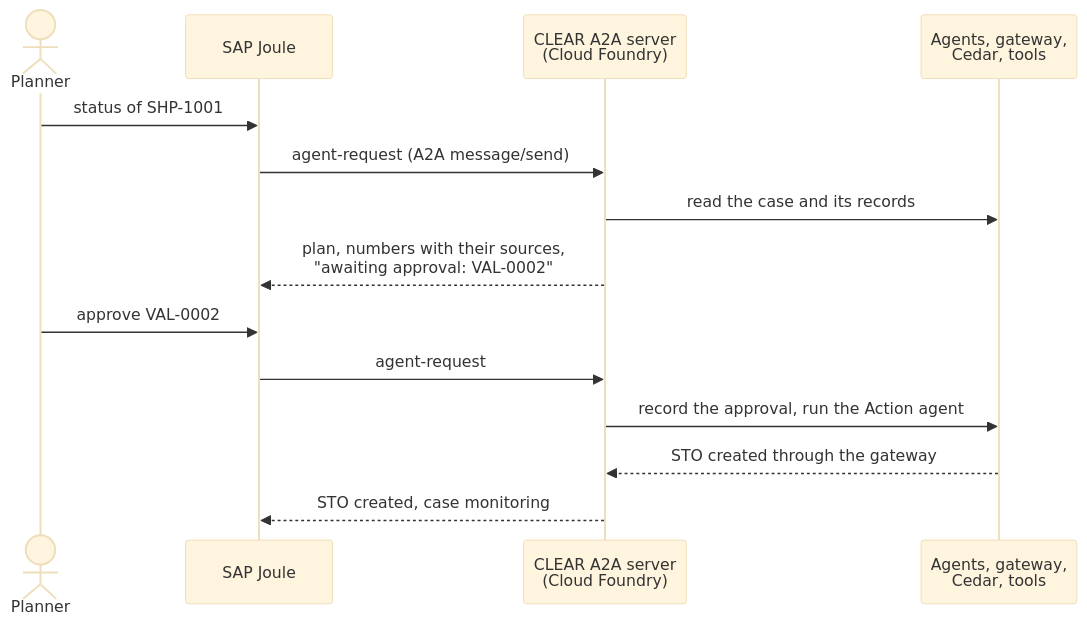
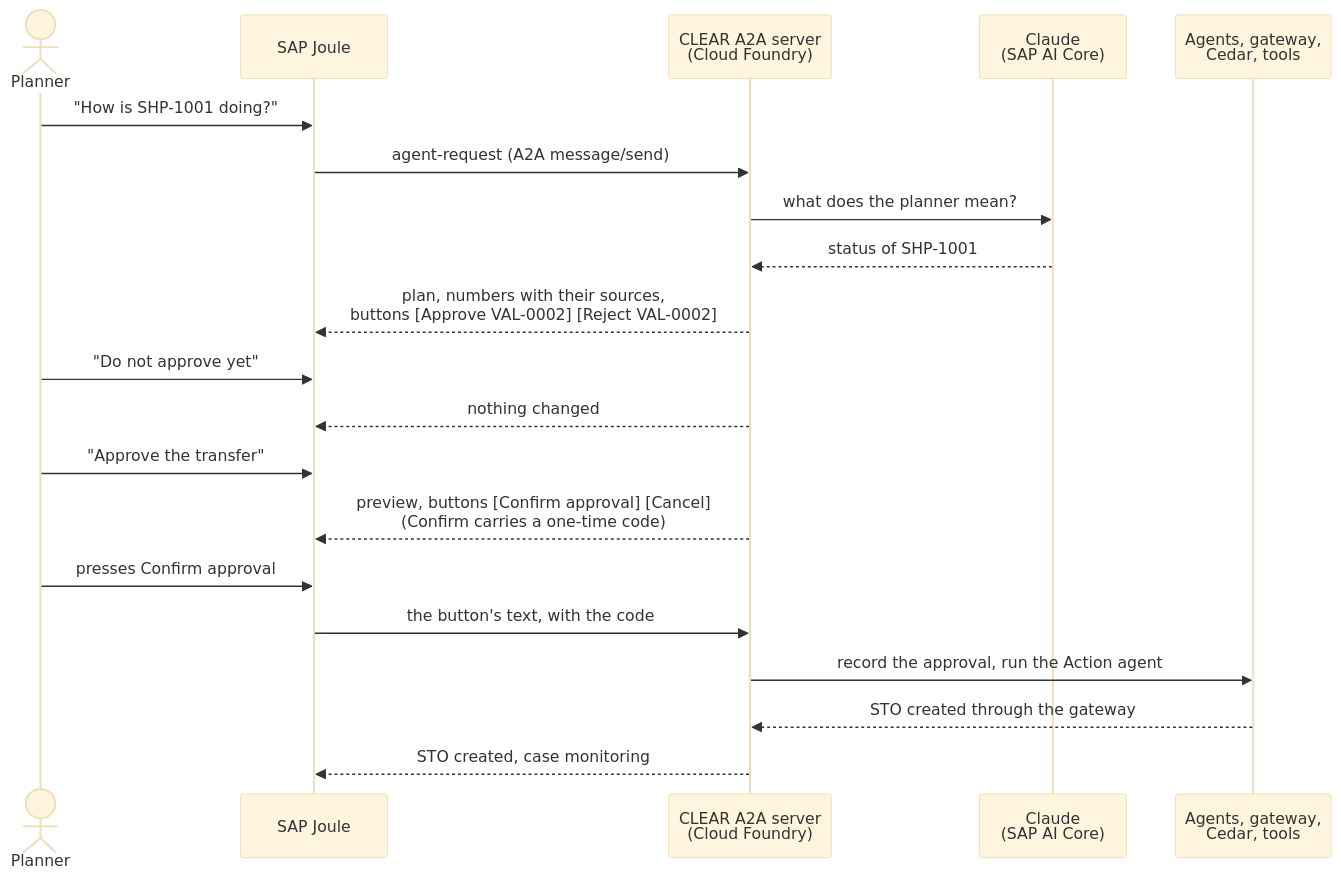
The second of 4 diagrams in docs/architecture.md (KrisnaPutraP/clear), drawn with Mermaid (base theme) before and after one commit. The commit also changed other lines of this file and 5 other files, not shown here.

````diff
--- a/docs/architecture.md
+++ b/docs/architecture.md
@@ -87,16 +87,22 @@
 ```mermaid
 sequenceDiagram
     actor P as Planner
     participant J as SAP Joule
     participant C as CLEAR A2A server<br/>(Cloud Foundry)
+    participant M as Claude<br/>(SAP AI Core)
     participant A as Agents, gateway,<br/>Cedar, tools
-    P->>J: status of SHP-1001
+    P->>J: "How is SHP-1001 doing?"
     J->>C: agent-request (A2A message/send)
-    C->>A: read the case and its records
-    C-->>J: plan, numbers with their sources,<br/>"awaiting approval: VAL-0002"
-    P->>J: approve VAL-0002
-    J->>C: agent-request
+    C->>M: what does the planner mean?
+    M-->>C: status of SHP-1001
+    C-->>J: plan, numbers with their sources,<br/>buttons [Approve VAL-0002] [Reject VAL-0002]
+    P->>J: "Do not approve yet"
+    C-->>J: nothing changed
+    P->>J: "Approve the transfer"
+    C-->>J: preview, buttons [Confirm approval] [Cancel]<br/>(Confirm carries a one-time code)
+    P->>J: presses Confirm approval
+    J->>C: the button's text, with the code
     C->>A: record the approval, run the Action agent
     A-->>C: STO created through the gateway
     C-->>J: STO created, case monitoring
 ```
````
